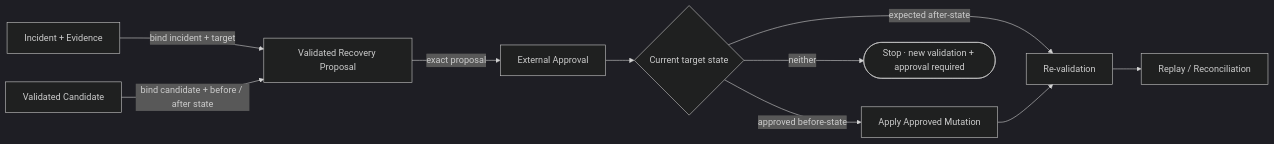
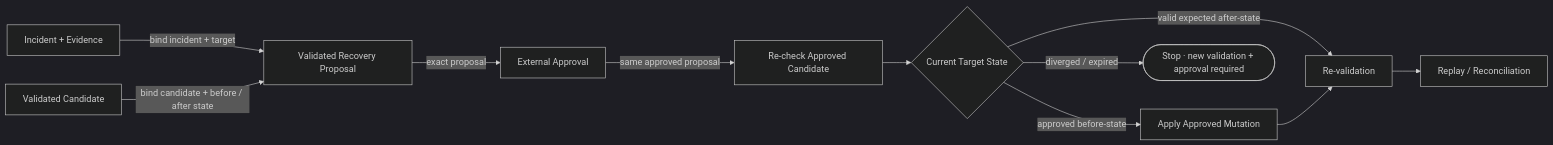
Before and after one commit to mols3131d/hmda-data-reliability: the second of 2 diagrams in docs/domains/reliability.md, drawn with Mermaid (dark theme). The commit also changed other lines of this file, not shown here.

Commit message:
docs: refine reliability Mermaid recovery path

````diff
--- a/docs/domains/reliability.md
+++ b/docs/domains/reliability.md
@@ -45,13 +41,14 @@
 ```mermaid
 flowchart LR
     incident["Incident + Evidence"] -->|bind incident + target| proposal["Validated Recovery Proposal"]
     candidate["Validated Candidate"] -->|bind candidate + before / after state| proposal
     proposal -->|exact proposal| approval["External Approval"]
-    approval --> gate{"Current target state"}
+    approval -->|same approved proposal| recheck["Re-check Approved Candidate"]
+    recheck --> gate{"Current Target State"}
 
     gate -->|approved before-state| recovery["Apply Approved Mutation"]
-    gate -->|expected after-state| verify["Re-validation"]
-    gate -->|neither| stop(["Stop · new validation + approval required"])
+    gate -->|valid expected after-state| verify["Re-validation"]
+    gate -->|diverged / expired| stop(["Stop · new validation + approval required"])
 
     recovery --> verify --> replay["Replay / Reconciliation"]
 ```
````
